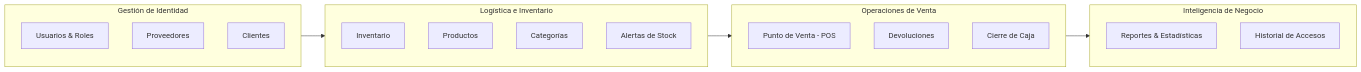
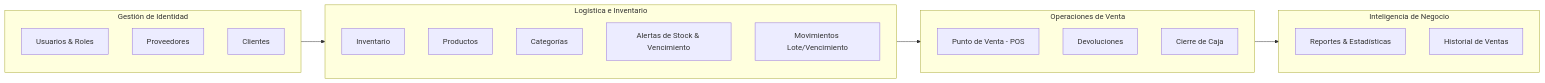
One commit to andresrubiel123/AcaciosWork changed the sixth of 8 diagrams in arquitectura_acacioswork.md. Above: the diagram before and after it, drawn with Mermaid. The commit also changed other lines of this file and 1029 other files, not shown here.

````diff
--- a/arquitectura_acacioswork.md
+++ b/arquitectura_acacioswork.md
@@ -156,30 +160,31 @@
 ```mermaid
 graph LR
     subgraph Gestion_Core ["Gestión de Identidad"]
         USR[Usuarios & Roles]
         PROV[Proveedores]
         CLI[Clientes]
     end
 
     subgraph Logistica ["Logística e Inventario"]
         INV[Inventario]
         PROD[Productos]
         CAT[Categorías]
-        ALERT[Alertas de Stock]
+        ALERT[Alertas de Stock & Vencimiento]
+        MOV[Movimientos Lote/Vencimiento]
     end
 
     subgraph Operaciones ["Operaciones de Venta"]
         VENTA[Punto de Venta - POS]
         DEV[Devoluciones]
         CAJA[Cierre de Caja]
     end
 
     subgraph Inteligencia ["Inteligencia de Negocio"]
         REP[Reportes & Estadísticas]
-        HIST[Historial de Accesos]
+        HIST[Historial de Ventas]
     end
 
     Gestion_Core --> Logistica
     Logistica --> Operaciones
     Operaciones --> Inteligencia
 ```
````
